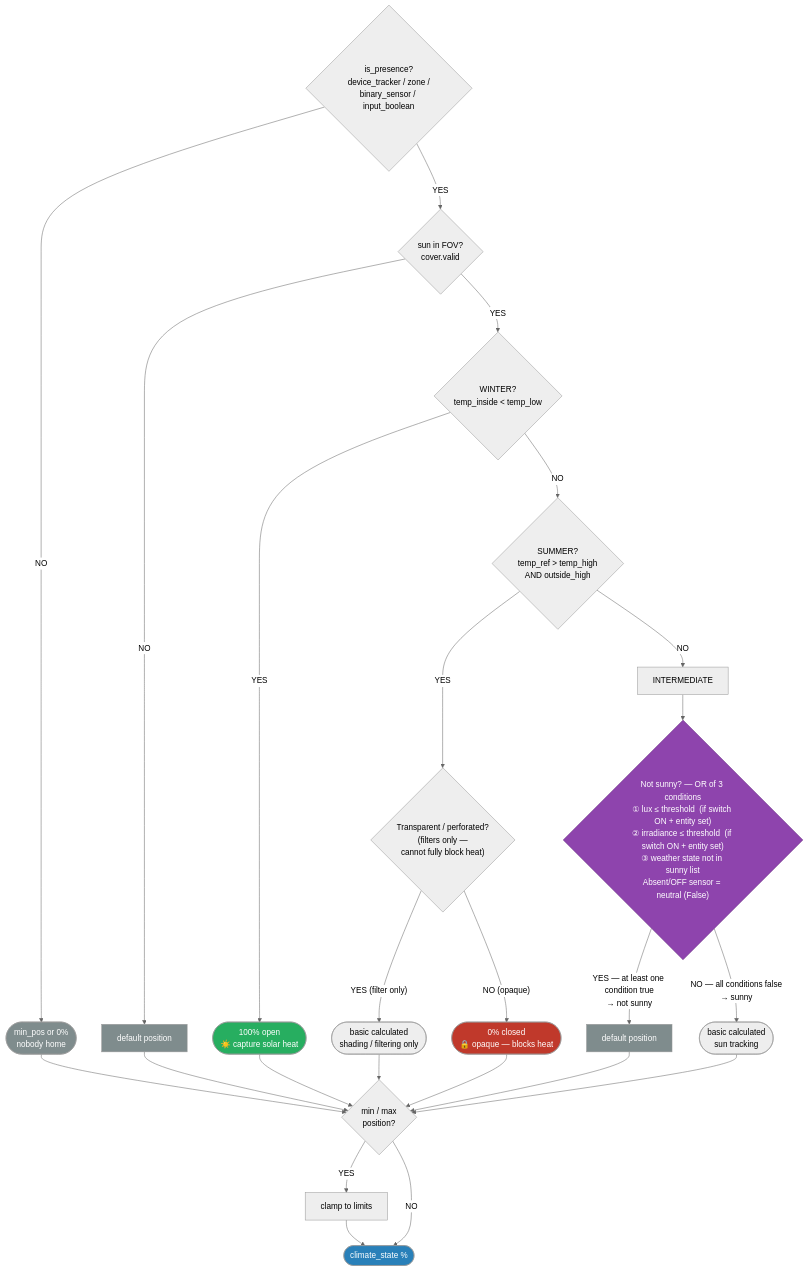
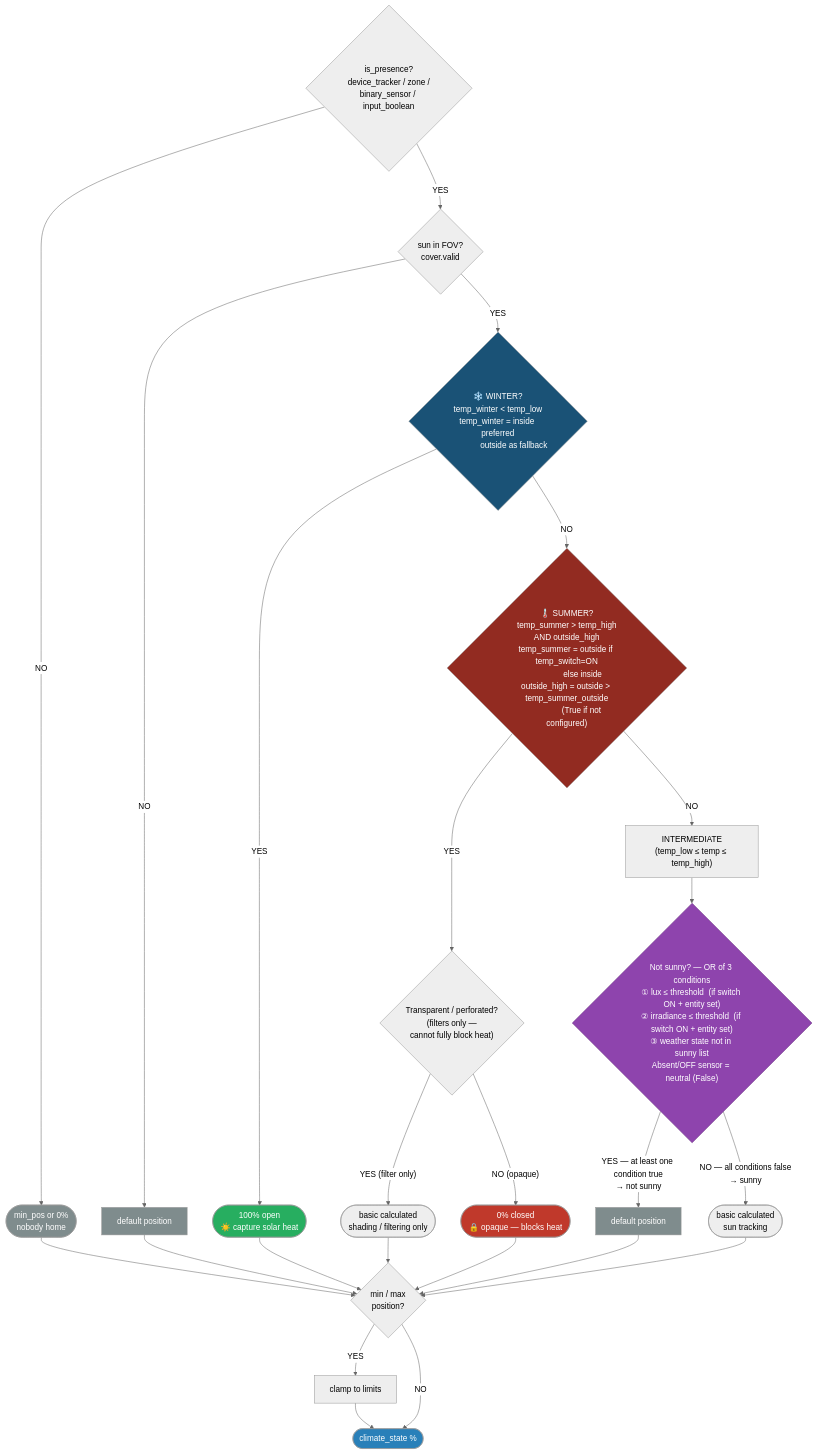
Before and after one commit to basbruss/adaptive-cover: the fourth of 4 diagrams in custom_components/adaptive_cover/README.md, drawn with Mermaid (neutral theme). The commit also changed other lines of this file, not shown here.

Commit message:
clarify: WINTER/SUMMER nodes in climate flowchart — temp_switch asymmetry, outside_high guard, priority

````diff
--- a/custom_components/adaptive_cover/README.md
+++ b/custom_components/adaptive_cover/README.md
@@ -173,45 +173,50 @@
 ```mermaid
 flowchart TD
     PRES{"is_presence?\ndevice_tracker / zone /\nbinary_sensor / input_boolean"}
     NONE(["min_pos  or  0%\nnobody home"])
     FOV{"sun in FOV?\ncover.valid"}
     DDEF["default position"]
-    WIN{"WINTER?\ntemp_inside < temp_low"}
+
+    WIN{"❄️ WINTER?\ntemp_winter < temp_low\ntemp_winter = inside preferred\n              outside as fallback"}
     C100(["100% open\n☀️ capture solar heat"])
-    SUM{"SUMMER?\ntemp_ref > temp_high\nAND outside_high"}
+
+    SUM{"🌡️ SUMMER?\ntemp_summer > temp_high\nAND outside_high\ntemp_summer = outside if temp_switch=ON\n              else inside\noutside_high = outside > temp_summer_outside\n              (True if not configured)"}
     TRANS{"Transparent / perforated?\n(filters only —\ncannot fully block heat)"}
     BCALC(["basic calculated\nshading / filtering only"])
     ZERO(["0% closed\n🔒 opaque — blocks heat"])
-    INTER["INTERMEDIATE"]
+
+    INTER["INTERMEDIATE\n(temp_low ≤ temp ≤ temp_high)"]
     LUX{"Not sunny? — OR of 3 conditions\n① lux ≤ threshold  (if switch ON + entity set)\n② irradiance ≤ threshold  (if switch ON + entity set)\n③ weather state not in sunny list\nAbsent/OFF sensor = neutral (False)"}
     LDEF["default position"]
     LCALC(["basic calculated\nsun tracking"])
     MM{"min / max\nposition?"}
     CLAMP["clamp to limits"]
     COUT(["climate_state  %"])
 
     PRES -->|NO| NONE
     PRES -->|YES| FOV
     FOV -->|NO| DDEF
     FOV -->|YES| WIN
     WIN -->|YES| C100
     WIN -->|NO| SUM
     SUM -->|YES| TRANS
     TRANS -->|"YES (filter only)"| BCALC
     TRANS -->|"NO (opaque)"| ZERO
     SUM -->|NO| INTER --> LUX
     LUX -->|"YES — at least one condition true\n→ not sunny"| LDEF
     LUX -->|"NO — all conditions false\n→ sunny"| LCALC
 
     NONE & DDEF & C100 & BCALC & ZERO & LDEF & LCALC --> MM
     MM -->|YES| CLAMP --> COUT
     MM -->|NO| COUT
 
     style C100 fill:#27ae60,color:#fff
     style ZERO fill:#c0392b,color:#fff
     style NONE fill:#7f8c8d,color:#fff
     style DDEF fill:#7f8c8d,color:#fff
     style LDEF fill:#7f8c8d,color:#fff
     style COUT fill:#2980b9,color:#fff
     style LUX fill:#8e44ad,color:#fff,stroke:#6c3483
+    style WIN fill:#1a5276,color:#fff
+    style SUM fill:#922b21,color:#fff
 ```
````
